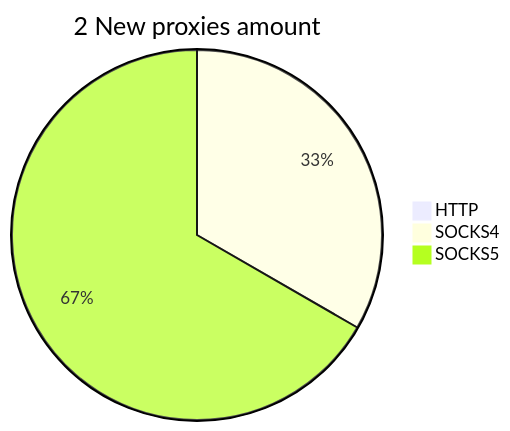
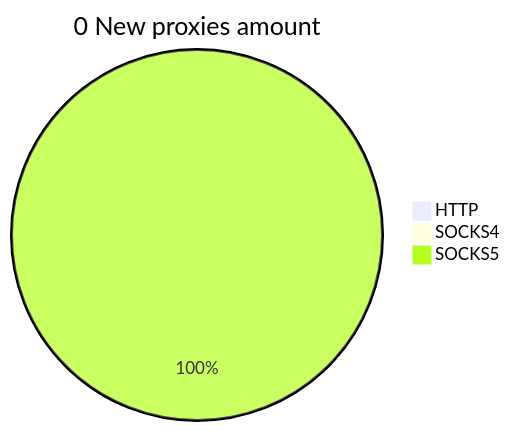
Before and after one commit to cutipu/proxylist: the second of 2 diagrams in README.md, drawn with Mermaid. The commit also changed other lines of this file, not shown here.

````diff
--- a/README.md
+++ b/README.md
@@ -10,6 +10,6 @@
 ```mermaid
-pie title 2 New proxies amount
+pie title 0 New proxies amount
     "HTTP" : 0
-    "SOCKS4" : 1
-    "SOCKS5" : 2
+    "SOCKS4" : 0
+    "SOCKS5" : 1
 ```
````
